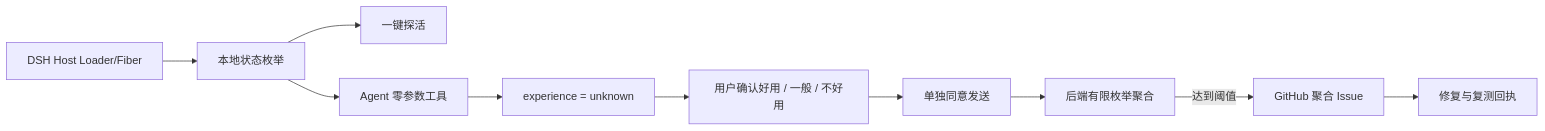
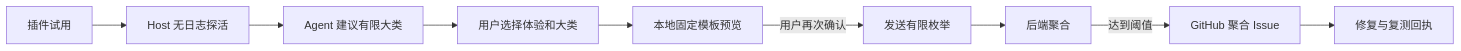
One commit to omdsh-dev/omdsh-plugin-lab changed the diagram in README.md. Above: the diagram before and after it, drawn with Mermaid. The commit also changed other lines of this file and 52 other files, not shown here.

````diff
--- a/README.md
+++ b/README.md
@@ -19,12 +15,11 @@
 ```mermaid
 flowchart LR
-  A["DSH Host Loader/Fiber"] --> B["本地状态枚举"]
-  B --> C["一键探活"]
-  B --> D["Agent 零参数工具"]
-  D --> E["experience = unknown"]
-  E --> F["用户确认好用 / 一般 / 不好用"]
-  F --> G["单独同意发送"]
-  G --> H["后端有限枚举聚合"]
-  H -->|"达到阈值"| I["GitHub 聚合 Issue"]
-  I --> J["修复与复测回执"]
+  A["插件试用"] --> B["Host 无日志探活"]
+  B --> C["Agent 建议有限大类"]
+  C --> D["用户选择体验和大类"]
+  D --> E["本地固定模板预览"]
+  E -->|"用户再次确认"| F["发送有限枚举"]
+  F --> G["后端聚合"]
+  G -->|"达到阈值"| H["GitHub 聚合 Issue"]
+  H --> I["修复与复测回执"]
 ```
````
